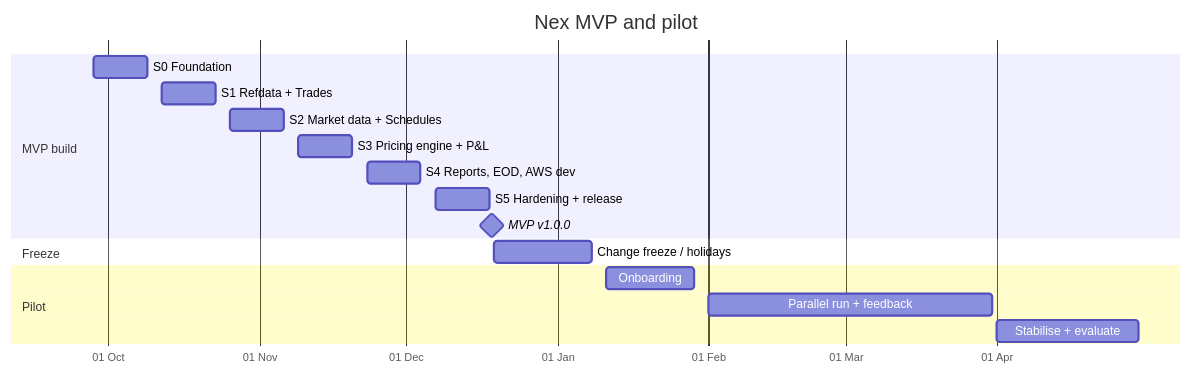
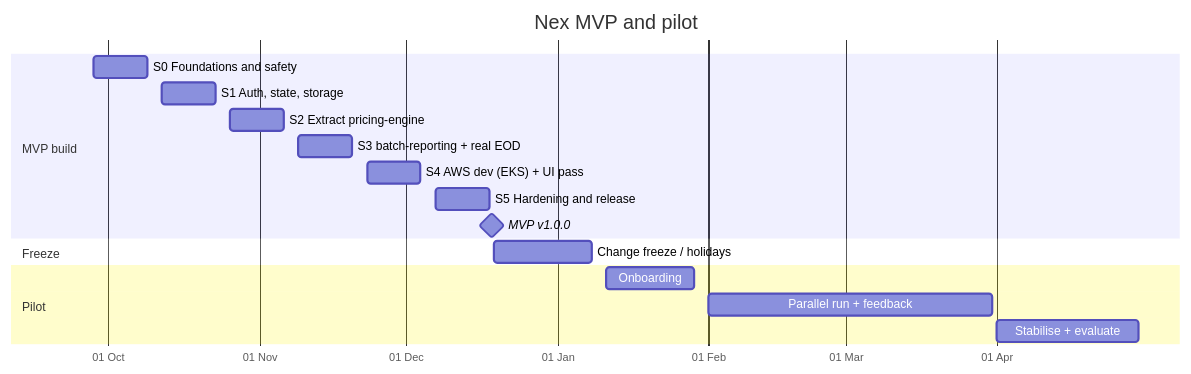
The fifth of 5 diagrams in docs/NEX_ARCHITECTURE_AND_ROADMAP.md (Mutwila-Alinta/ATS), drawn with Mermaid before and after one commit. The commit also changed other lines of this file and 1 other file, not shown here.

````diff
--- a/docs/NEX_ARCHITECTURE_AND_ROADMAP.md
+++ b/docs/NEX_ARCHITECTURE_AND_ROADMAP.md
@@ -654,20 +383,20 @@
 ```mermaid
 gantt
   title Nex MVP and pilot
   dateFormat YYYY-MM-DD
   axisFormat %d %b
   section MVP build
-  S0 Foundation              :s0, 2026-09-28, 2026-10-09
-  S1 Refdata + Trades        :s1, 2026-10-12, 2026-10-23
-  S2 Market data + Schedules :s2, 2026-10-26, 2026-11-06
-  S3 Pricing engine + P&L    :s3, 2026-11-09, 2026-11-20
-  S4 Reports, EOD, AWS dev   :s4, 2026-11-23, 2026-12-04
-  S5 Hardening + release     :s5, 2026-12-07, 2026-12-18
-  MVP v1.0.0                 :milestone, m1, 2026-12-18, 1d
+  S0 Foundations and safety        :s0, 2026-09-28, 2026-10-09
+  S1 Auth, state, storage          :s1, 2026-10-12, 2026-10-23
+  S2 Extract pricing-engine        :s2, 2026-10-26, 2026-11-06
+  S3 batch-reporting + real EOD    :s3, 2026-11-09, 2026-11-20
+  S4 AWS dev (EKS) + UI pass       :s4, 2026-11-23, 2026-12-04
+  S5 Hardening and release         :s5, 2026-12-07, 2026-12-18
+  MVP v1.0.0                       :milestone, m1, 2026-12-18, 1d
   section Freeze
-  Change freeze / holidays   :f, 2026-12-19, 2027-01-08
+  Change freeze / holidays         :f, 2026-12-19, 2027-01-08
   section Pilot
-  Onboarding                 :p1, 2027-01-11, 2027-01-29
-  Parallel run + feedback    :p2, 2027-02-01, 2027-03-31
-  Stabilise + evaluate       :p3, 2027-04-01, 2027-04-30
+  Onboarding                       :p1, 2027-01-11, 2027-01-29
+  Parallel run + feedback          :p2, 2027-02-01, 2027-03-31
+  Stabilise + evaluate             :p3, 2027-04-01, 2027-04-30
 ```
````
